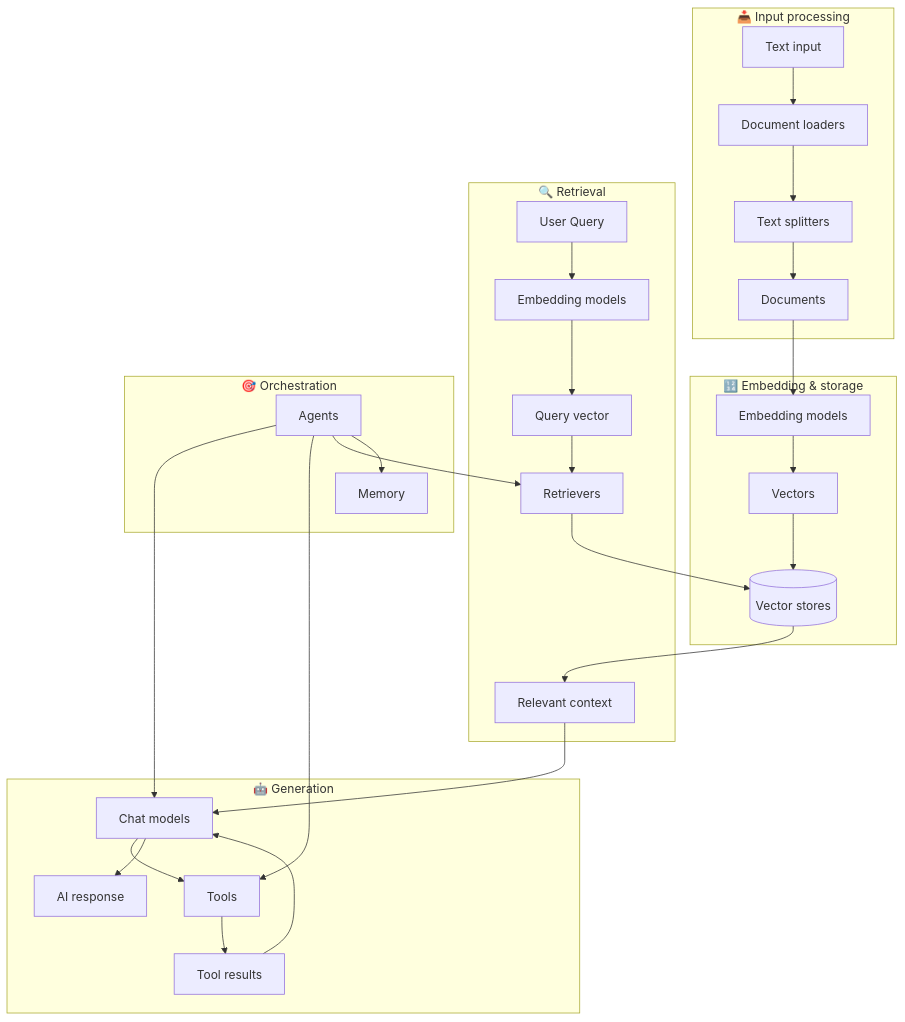
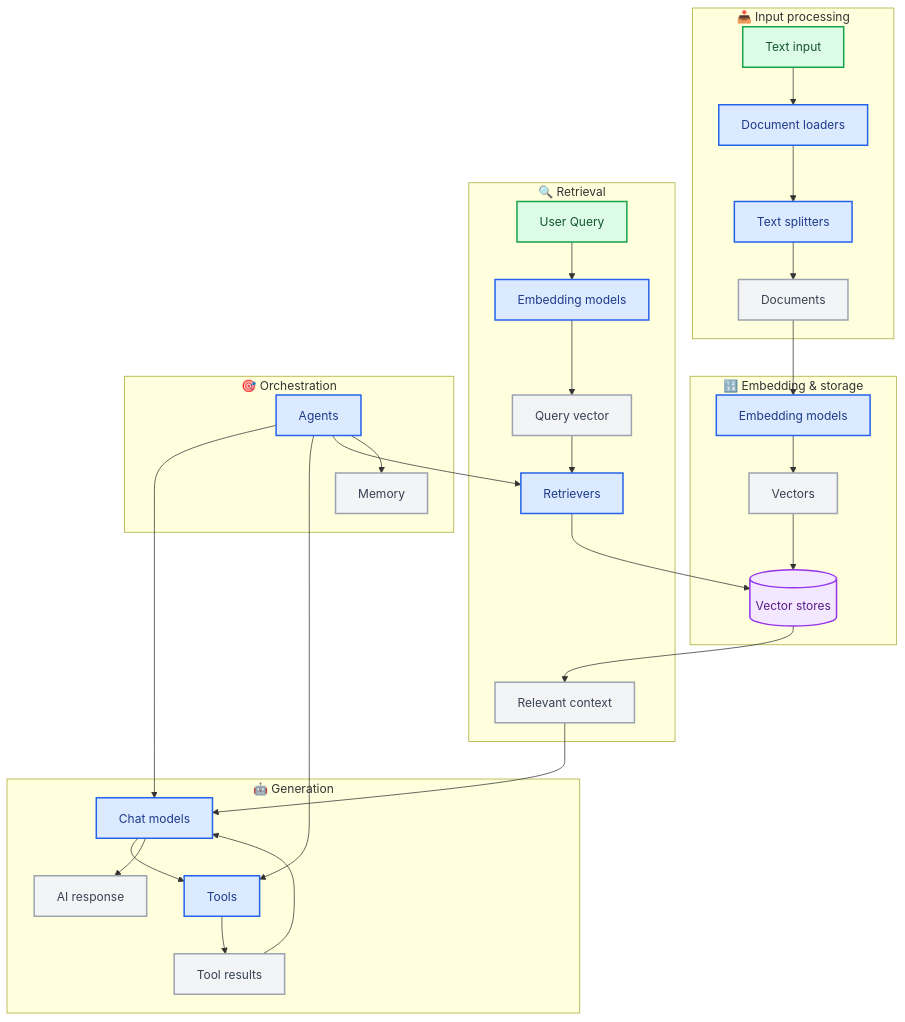
Before and after one commit to langchain-ai/docs: the first of 4 diagrams in src/oss/langchain/component-architecture.mdx, drawn with Mermaid. The commit also changed other lines of this file and 22 other files, not shown here.

Commit message:
fix mermaids in dark mode

````diff
--- a/src/oss/langchain/component-architecture.mdx
+++ b/src/oss/langchain/component-architecture.mdx
@@ -11,42 +11,52 @@
 ```mermaid
 graph TD
     %% Input processing
     subgraph "📥 Input processing"
         A[Text input] --> B[Document loaders]
         B --> C[Text splitters]
         C --> D[Documents]
     end
 
     %% Embedding & storage
     subgraph "🔢 Embedding & storage"
         D --> E[Embedding models]
         E --> F[Vectors]
         F --> G[(Vector stores)]
     end
 
     %% Retrieval
     subgraph "🔍 Retrieval"
         H[User Query] --> I[Embedding models]
         I --> J[Query vector]
         J --> K[Retrievers]
         K --> G
         G --> L[Relevant context]
     end
 
     %% Generation
     subgraph "🤖 Generation"
         M[Chat models] --> N[Tools]
         N --> O[Tool results]
         O --> M
         L --> M
         M --> P[AI response]
     end
 
     %% Orchestration
     subgraph "🎯 Orchestration"
         Q[Agents] --> M
         Q --> N
         Q --> K
         Q --> R[Memory]
     end
+
+    classDef trigger fill:#DCFCE7,stroke:#16A34A,stroke-width:2px,color:#14532D
+    classDef process fill:#DBEAFE,stroke:#2563EB,stroke-width:2px,color:#1E3A8A
+    classDef output fill:#F3E8FF,stroke:#9333EA,stroke-width:2px,color:#581C87
+    classDef neutral fill:#F3F4F6,stroke:#9CA3AF,stroke-width:2px,color:#374151
+
+    class A,H trigger
+    class B,C,E,I,K,M,N,Q process
+    class D,F,J,L,O,P,R neutral
+    class G output
 ```
````
